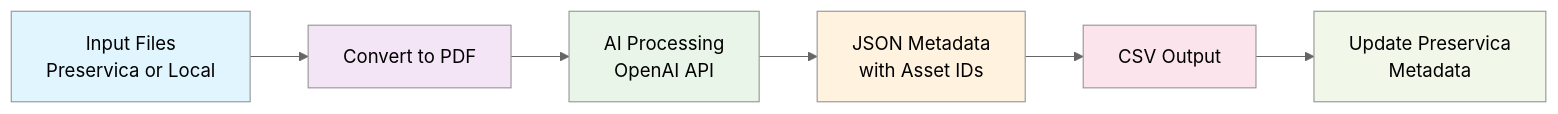
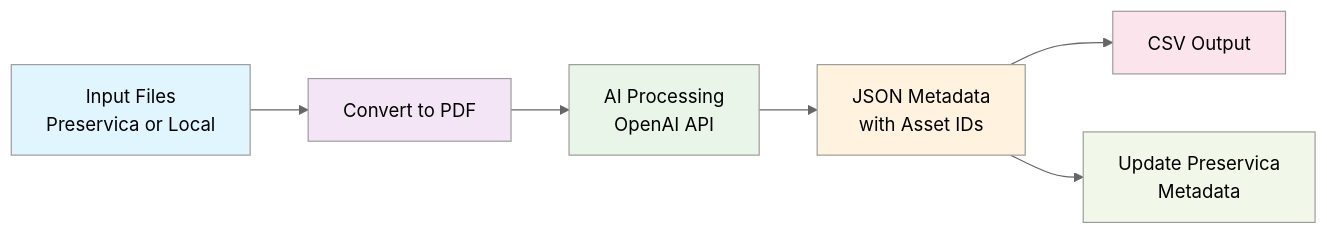
Before and after one commit to icaew-digital-archive/metadata-extraction: the first of 2 diagrams in README.md, drawn with Mermaid (neutral theme). The commit also changed other lines of this file and 1 other file, not shown here.

First line of the commit message:
Update README for Preservica write-back

````diff
--- a/README.md
+++ b/README.md
@@ -168,15 +196,15 @@
 ```mermaid
 graph LR
     A[Input Files<br/>Preservica or Local] --> B[Convert to PDF]
     B --> C[AI Processing<br/>OpenAI API]
     C --> D[JSON Metadata<br/>with Asset IDs]
     D --> E[CSV Output]
-    E --> F[Update Preservica<br/>Metadata]
+    D --> F[Update Preservica<br/>Metadata]
     
     style A fill:#e1f5fe
     style B fill:#f3e5f5
     style C fill:#e8f5e8
     style D fill:#fff3e0
     style E fill:#fce4ec
     style F fill:#f1f8e9
 ```
````
